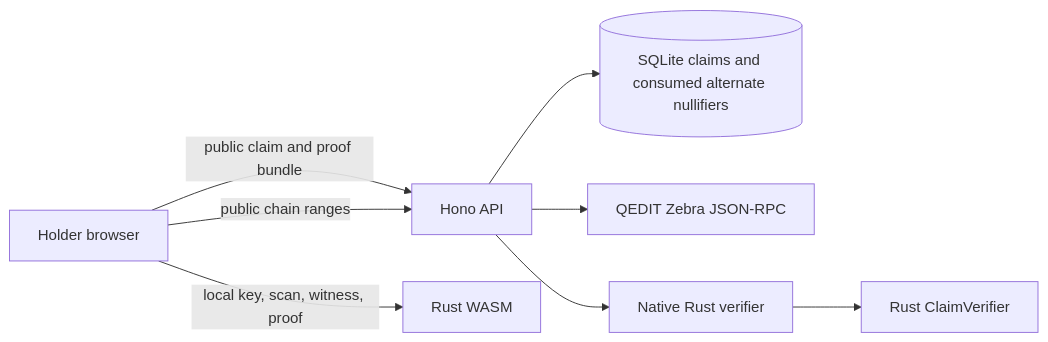
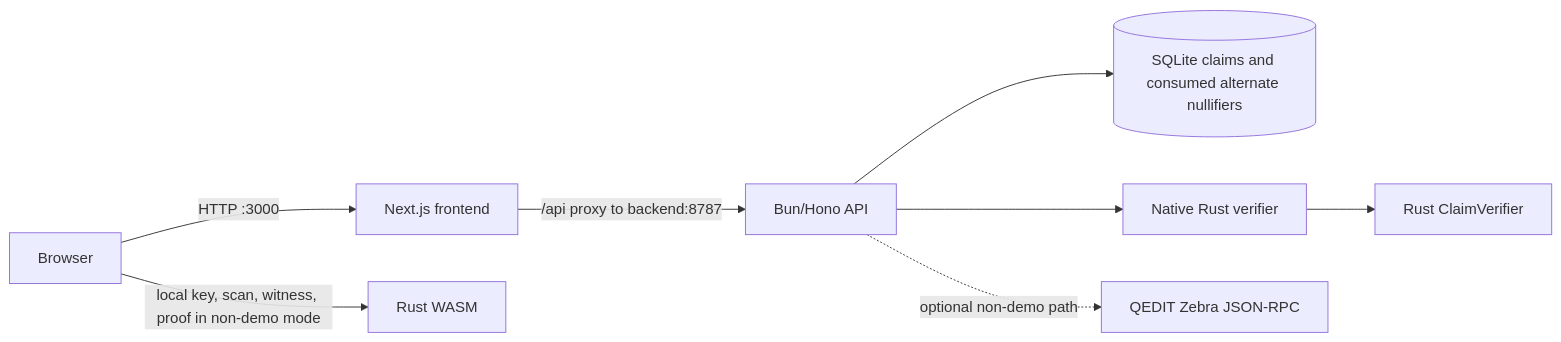
Before and after one commit to riyannode/horoizec: the diagram in docs/ARCHITECTURE.md, drawn with Mermaid. The commit also changed other lines of this file and 33 other files, not shown here.

````diff
--- a/docs/ARCHITECTURE.md
+++ b/docs/ARCHITECTURE.md
@@ -5,10 +5,10 @@
 ```mermaid
 flowchart LR
-  Holder[Holder browser] -->|public claim and proof bundle| API[Hono API]
-  Holder -->|public chain ranges| API
-  Holder -->|local key, scan, witness, proof| WASM[Rust WASM]
+  Holder[Browser] -->|HTTP :3000| Next[Next.js frontend]
+  Next -->|/api proxy to backend:8787| API[Bun/Hono API]
+  Holder -->|local key, scan, witness, proof in non-demo mode| WASM[Rust WASM]
   API --> DB[(SQLite claims and consumed alternate nullifiers)]
-  API --> RPC[QEDIT Zebra JSON-RPC]
   API --> Verifier[Native Rust verifier]
+  API -. optional non-demo path .-> RPC[QEDIT Zebra JSON-RPC]
   Verifier --> Core[Rust ClaimVerifier]
 ```
````
